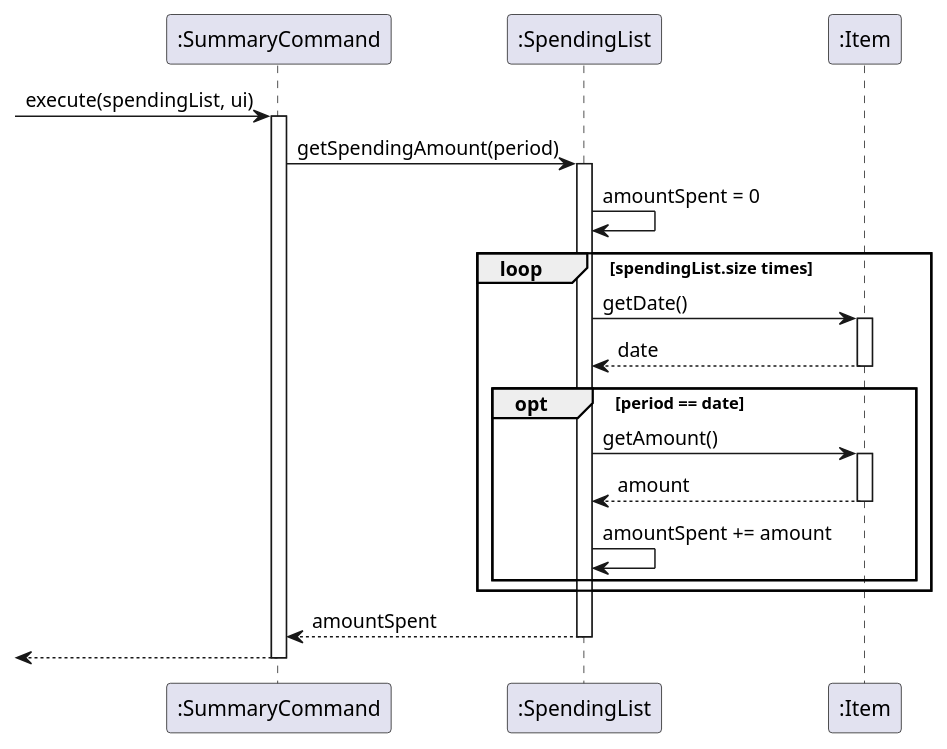
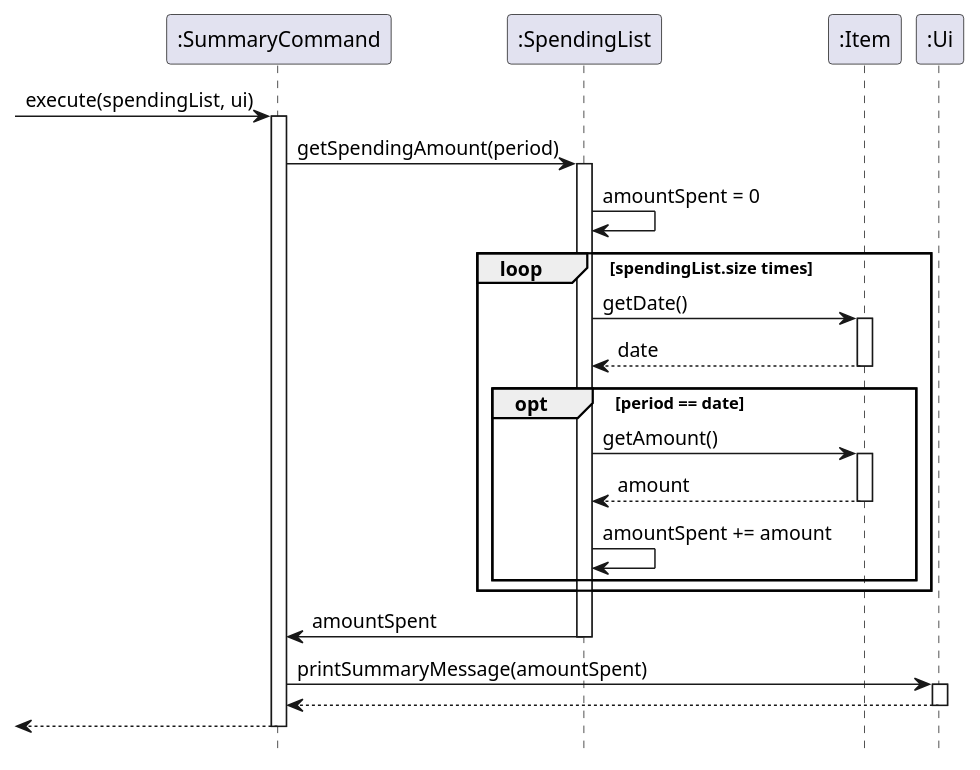
The diagram in src/uml/summary.puml (xieyaoyue/tp), drawn with PlantUML before and after one commit. The commit also changed 6 other files, not shown here.

Commit message:
edit uml diagram

```diff
--- a/src/uml/summary.puml
+++ b/src/uml/summary.puml
@@ -1,35 +1,41 @@
 @startuml
+hide footbox
+
 -> ":SummaryCommand": execute(spendingList, ui)
 activate ":SummaryCommand"
 
 ":SummaryCommand" -> ":SpendingList": getSpendingAmount(period)
 activate ":SpendingList"
 
 ":SpendingList" -> ":SpendingList": amountSpent = 0
 
 loop spendingList.size times
 
 
 ":SpendingList" -> ":Item": getDate()
 activate ":Item"
 ":Item" --> ":SpendingList": date
 deactivate ":Item"
 
 opt period == date
 ":SpendingList" -> ":Item": getAmount()
 activate ":Item"
 ":Item" --> ":SpendingList": amount
 deactivate ":Item"
 
 ":SpendingList" -> ":SpendingList": amountSpent += amount
 
 end
 
 end
 
-":SpendingList" --> ":SummaryCommand": amountSpent
+":SpendingList" -> ":SummaryCommand": amountSpent
 deactivate ":SpendingList"
+":SummaryCommand" -> ":Ui" : printSummaryMessage(amountSpent)
+activate ":Ui"
+":Ui" --> ":SummaryCommand"
+deactivate ":Ui"
 
 <-- ":SummaryCommand"
 deactivate ":SummaryCommand"
 @enduml
```
